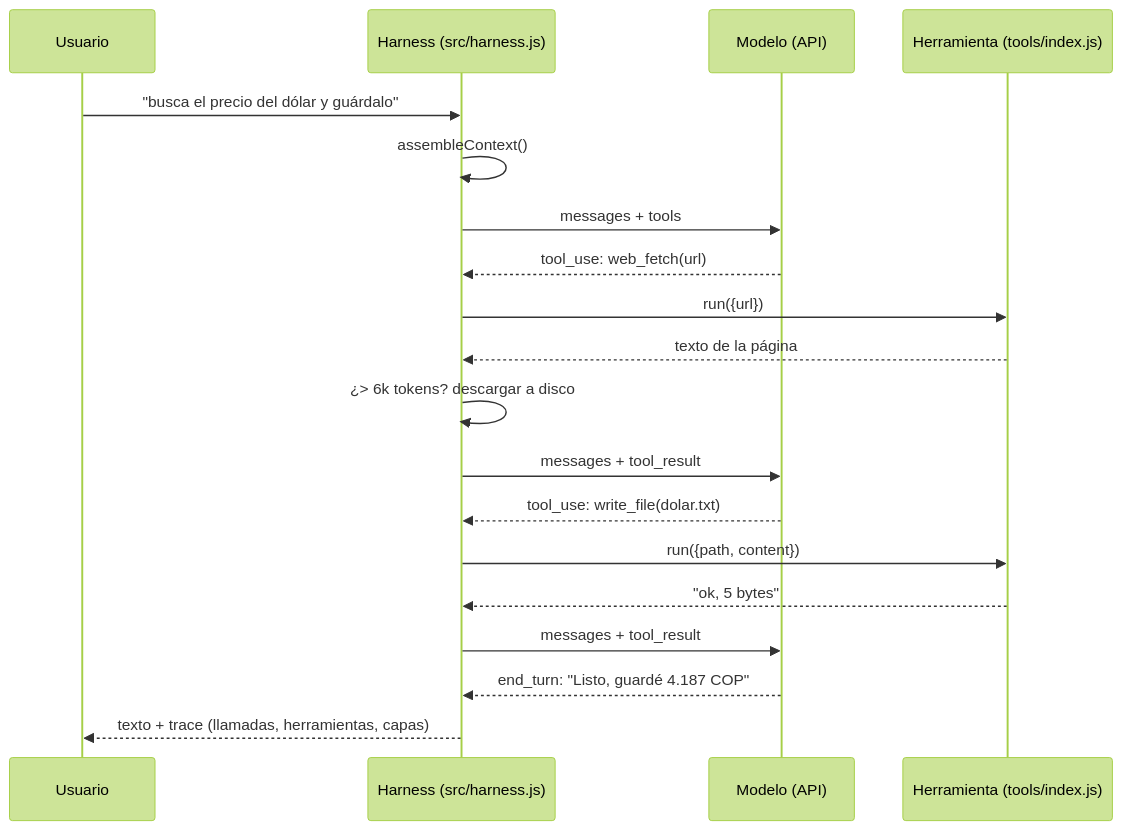
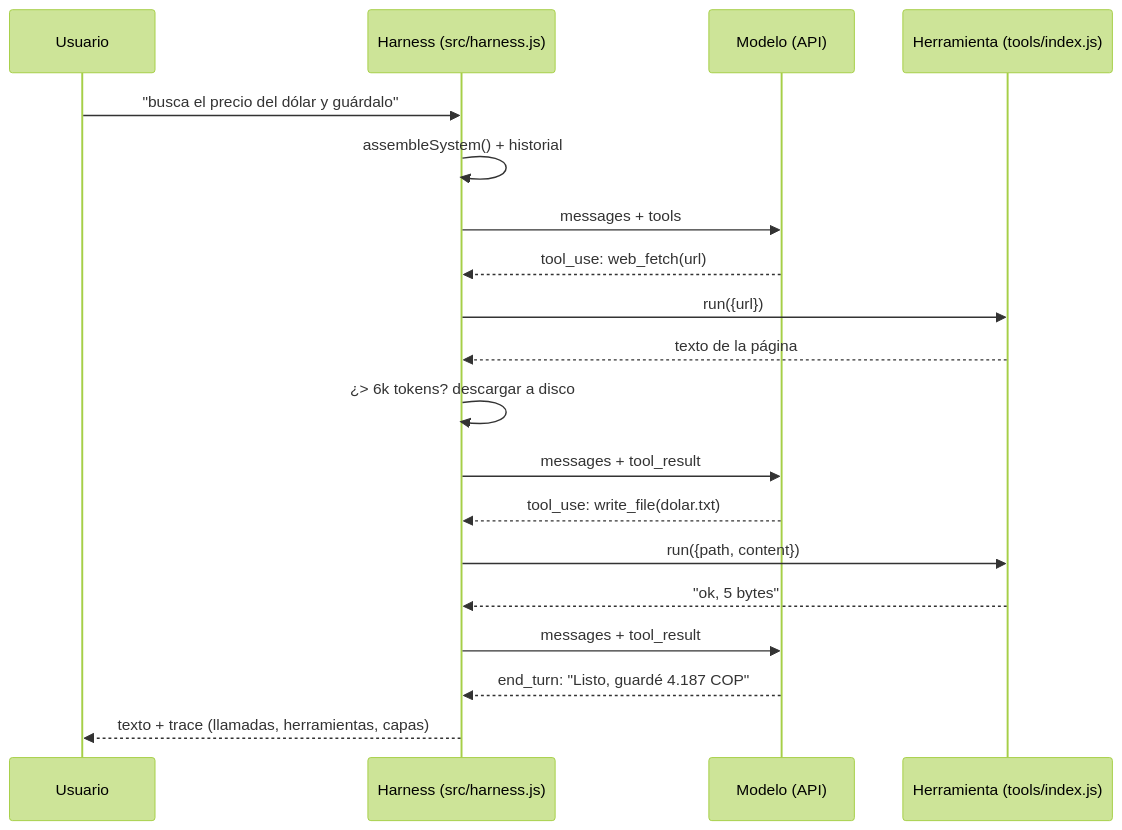
The fifth of 15 diagrams in README.md (ada-school/ada-harness), drawn with Mermaid (forest theme) before and after one commit. The commit also changed other lines of this file and 58 other files, not shown here.

````diff
--- a/README.md
+++ b/README.md
@@ -240,21 +263,21 @@
 ```mermaid
 sequenceDiagram
     participant U as Usuario
     participant H as Harness (src/harness.js)
     participant M as Modelo (API)
     participant T as Herramienta (tools/index.js)
     U->>H: "busca el precio del dólar y guárdalo"
-    H->>H: assembleContext()
+    H->>H: assembleSystem() + historial
     H->>M: messages + tools
     M-->>H: tool_use: web_fetch(url)
     H->>T: run({url})
     T-->>H: texto de la página
     H->>H: ¿> 6k tokens? descargar a disco
     H->>M: messages + tool_result
     M-->>H: tool_use: write_file(dolar.txt)
     H->>T: run({path, content})
     T-->>H: "ok, 5 bytes"
     H->>M: messages + tool_result
     M-->>H: end_turn: "Listo, guardé 4.187 COP"
     H-->>U: texto + trace (llamadas, herramientas, capas)
 ```
````
